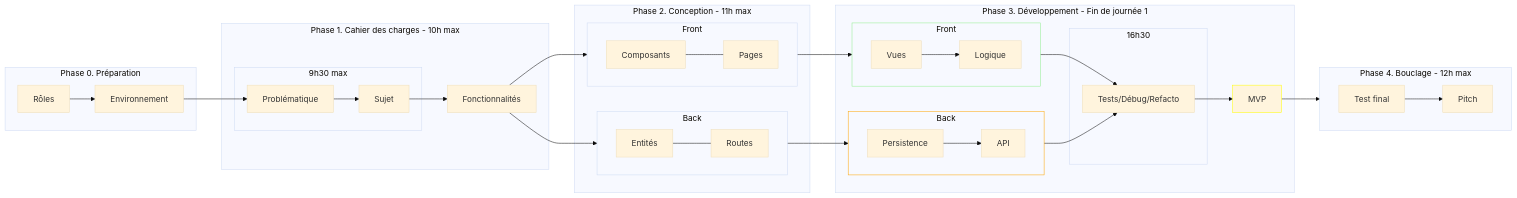
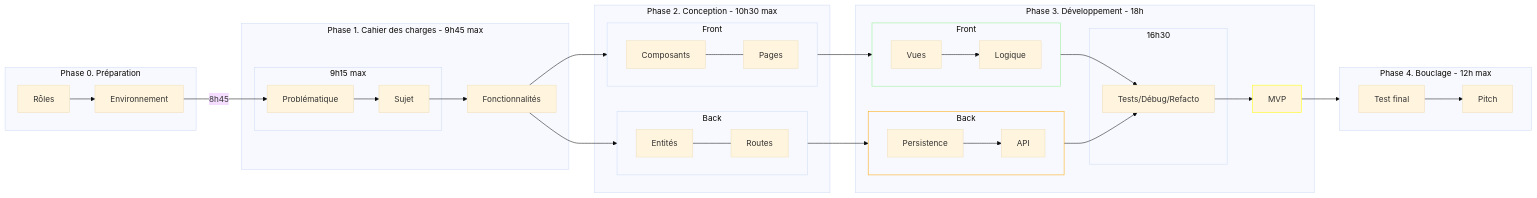
The first of 8 diagrams in README.md (sximenez/2023-10-oct-hackathon-doc), drawn with Mermaid (base theme) before and after one commit. The commit also changed other lines of this file and 1 other file, not shown here.

````diff
--- a/README.md
+++ b/README.md
@@ -21,64 +23,64 @@
 ```mermaid
 graph LR
 
 subgraph Phase 0. Préparation
 Rôles --> Environnement
 end
 
-Environnement --> Problématique
+Environnement -- 8h45 --> Problématique
 
-subgraph Phase 1. Cahier des charges - 10h max
+subgraph Phase 1. Cahier des charges - 9h45 max
 
-subgraph 9h30 max
+subgraph 9h15 max
 Problématique --> Sujet
 end
 
 Sujet --> Fonctionnalités
 end
 
-subgraph Phase 2. Conception - 11h max
+subgraph Phase 2. Conception - 10h30 max
 
 subgraph 1[Front]
 direction LR
 Composants --- Pages
 end
 
 subgraph 2[Back]
 direction LR
 Entités --- Routes
 end
 
 end
 
-subgraph Phase 3. Développement - Fin de journée 1
+subgraph Phase 3. Développement - 18h
 
 subgraph 3[Front]
 direction LR
 Vues --> Logique
 end
 
 subgraph 4[Back]
 direction LR
 Persistence --> API
 end
 
 subgraph 16h30
 Tests/Débug/Refacto
 end
 
 Tests/Débug/Refacto --> MVP
 
 end
 
 subgraph Phase 4. Bouclage - 12h max
 direction LR
 MVP --> 5[Test final] --> Pitch
 end
 
 Fonctionnalités --> 1[Front] --> 3[Front] --> Tests/Débug/Refacto
 Fonctionnalités --> 2[Back] --> 4[Back] --> Tests/Débug/Refacto
 
 style 3 stroke:lightgreen
 style 4 stroke:orange
 style MVP stroke:yellow
 ```
````
